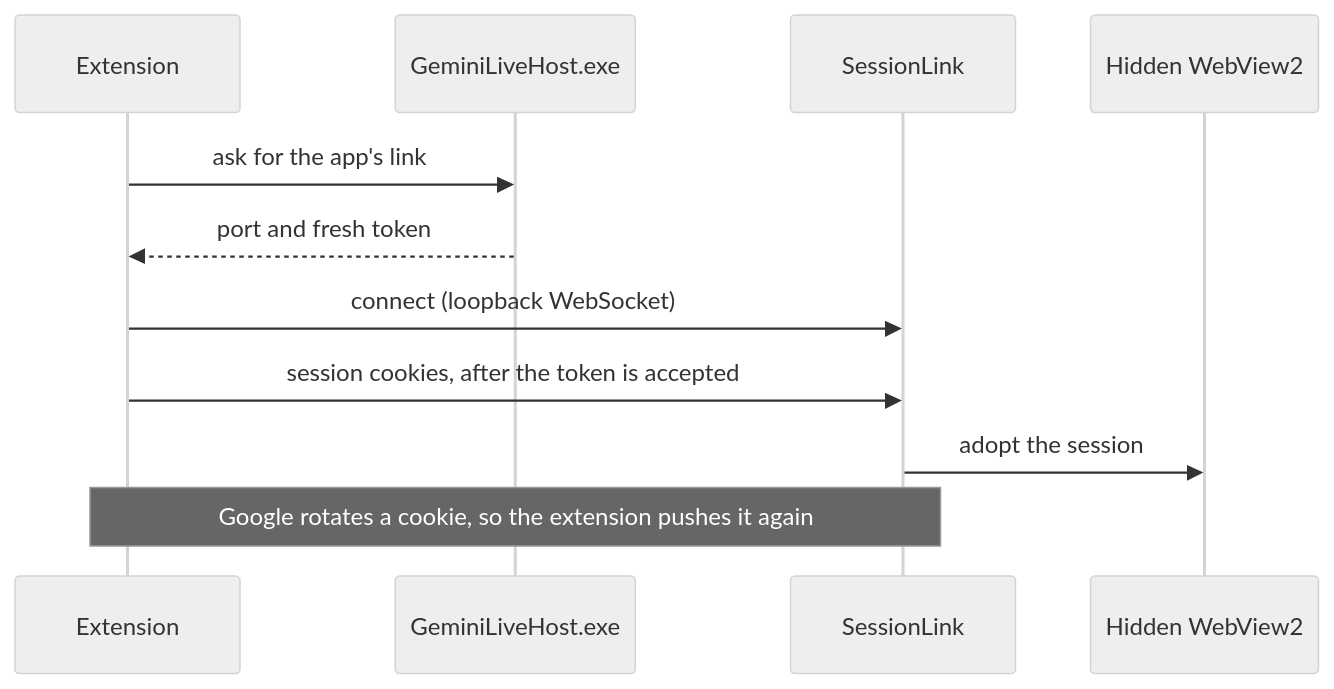
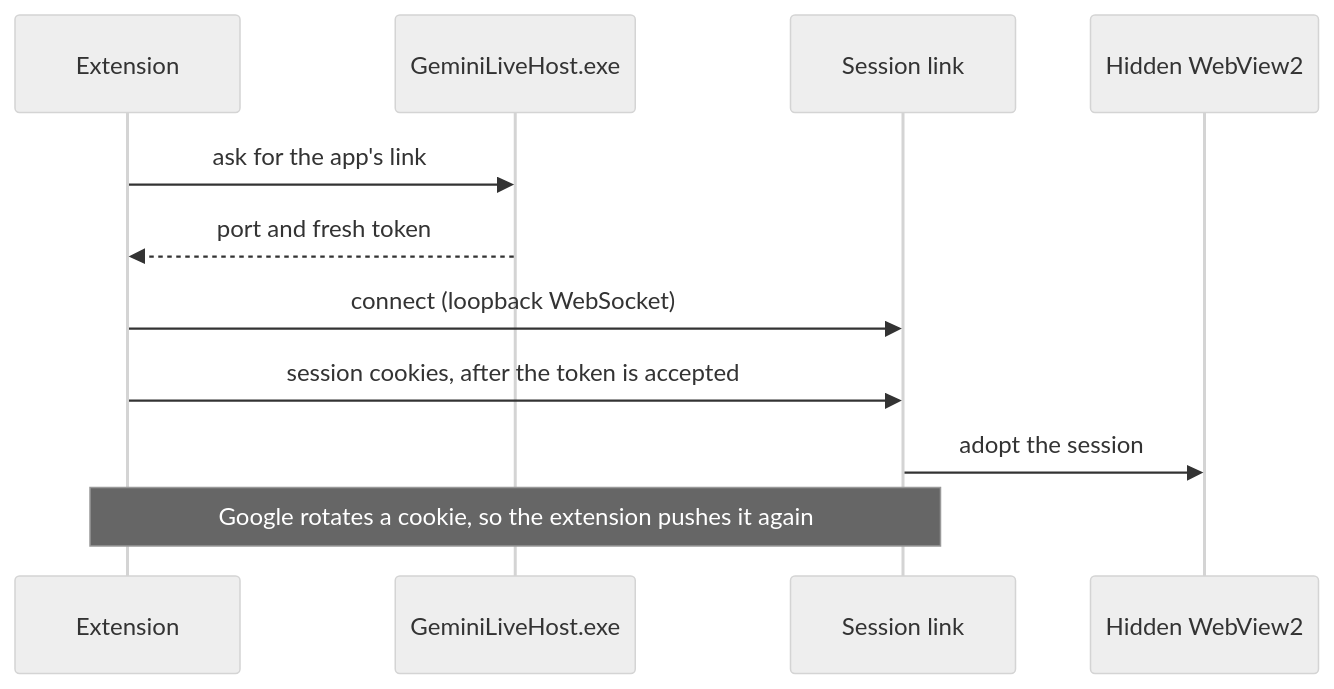
Before and after one commit to avi12/gemini-live-for-windows: the fifth of 8 diagrams in ARCHITECTURE.md, drawn with Mermaid (neutral theme). The commit also changed other lines of this file and 1 other file, not shown here.

````diff
--- a/ARCHITECTURE.md
+++ b/ARCHITECTURE.md
@@ -146,13 +136,13 @@
 ```mermaid
 sequenceDiagram
   participant Ext as Extension
   participant NH as GeminiLiveHost.exe
-  participant SL as SessionLink
+  participant SL as Session link
   participant WV as Hidden WebView2
   Ext->>NH: ask for the app's link
   NH-->>Ext: port and fresh token
   Ext->>SL: connect (loopback WebSocket)
   Ext->>SL: session cookies, after the token is accepted
   SL->>WV: adopt the session
   Note over Ext,SL: Google rotates a cookie, so the extension pushes it again
 ```
````
